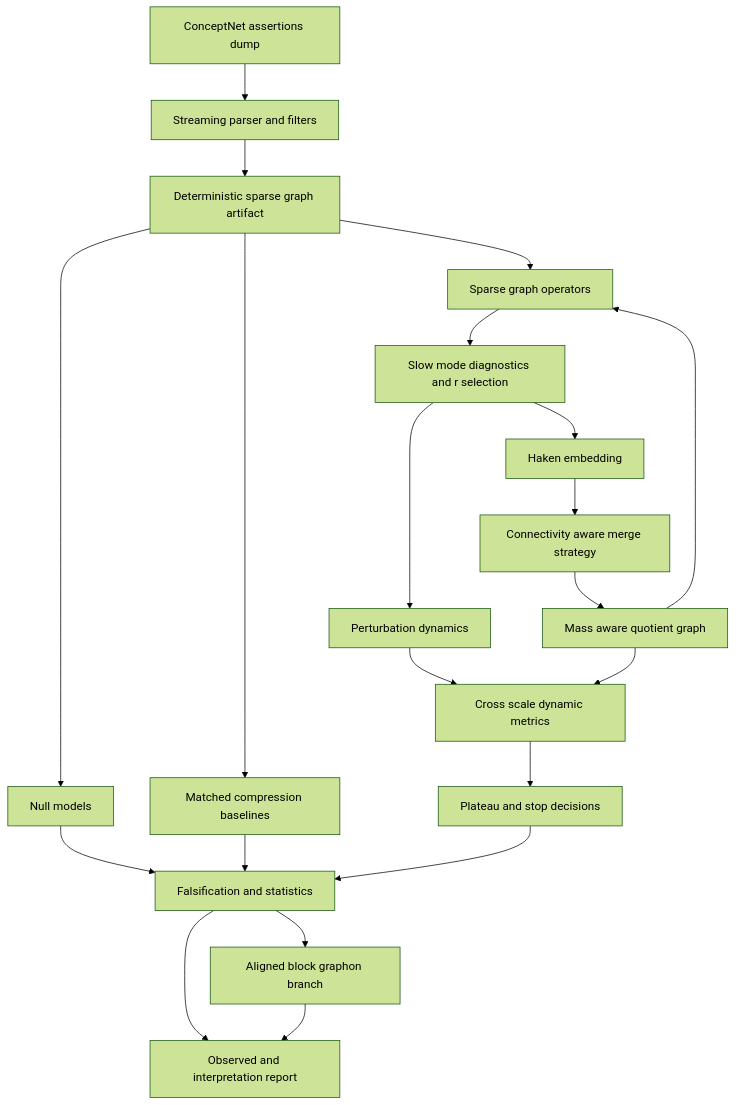
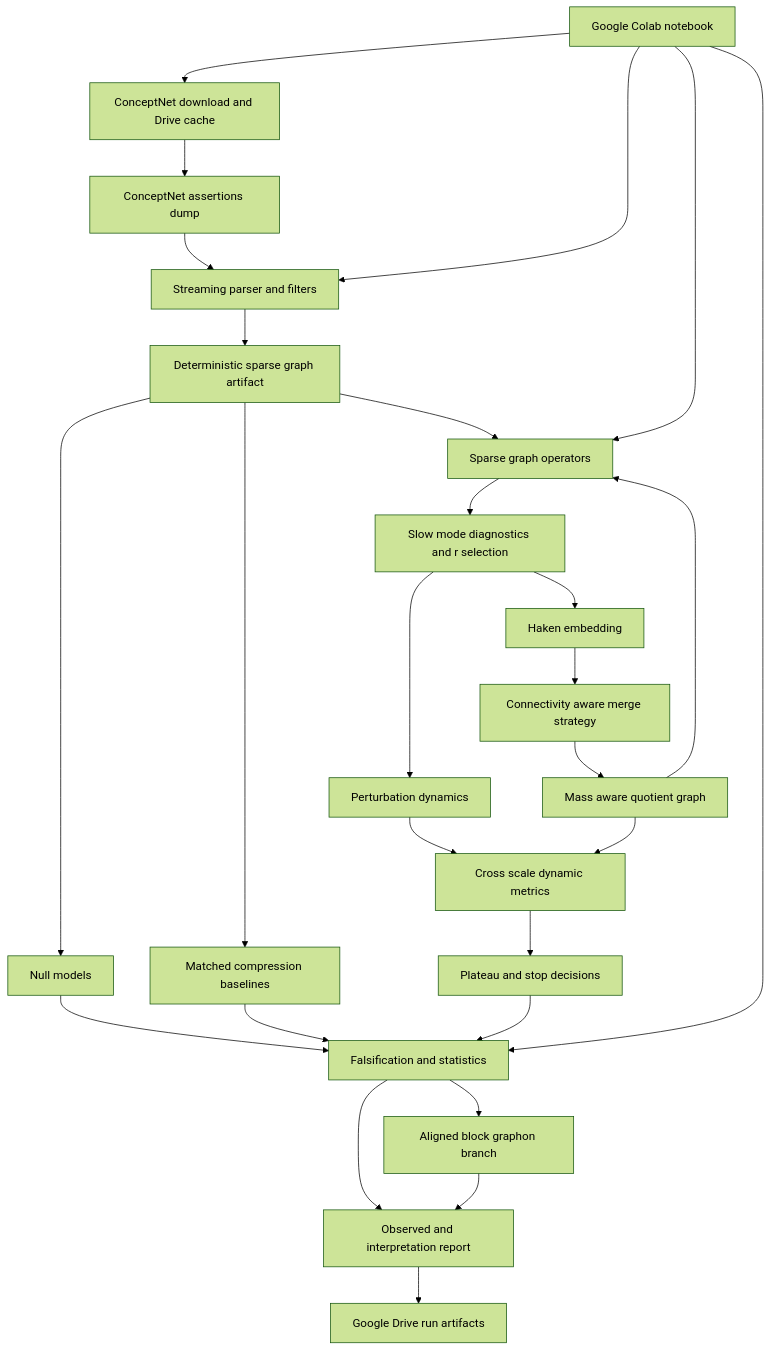
The first of 3 diagrams in docs/haken_coarsening_roadmap.md (SemanticMap/semgraphex), drawn with Mermaid (forest theme) before and after one commit. The commit also changed other lines of this file and 13 other files, not shown here.

Commit message:
feat: add ConceptNet data preparation pipeline

````diff
--- a/docs/haken_coarsening_roadmap.md
+++ b/docs/haken_coarsening_roadmap.md
@@ -80,23 +88,29 @@
 ```mermaid
 flowchart TD
     Dump[ConceptNet assertions dump] --> Parse[Streaming parser and filters]
     Parse --> Graph[Deterministic sparse graph artifact]
     Graph --> Operators[Sparse graph operators]
     Operators --> Modes[Slow mode diagnostics and r selection]
     Modes --> Embed[Haken embedding]
     Embed --> Merge[Connectivity aware merge strategy]
     Merge --> Quotient[Mass aware quotient graph]
     Quotient --> Operators
     Modes --> Dynamics[Perturbation dynamics]
     Dynamics --> Metrics[Cross scale dynamic metrics]
     Quotient --> Metrics
     Metrics --> Plateau[Plateau and stop decisions]
     Graph --> Nulls[Null models]
     Graph --> Baselines[Matched compression baselines]
     Nulls --> Evaluate[Falsification and statistics]
     Baselines --> Evaluate
     Plateau --> Evaluate
     Evaluate --> Graphons[Aligned block graphon branch]
     Evaluate --> Reports[Observed and interpretation report]
     Graphons --> Reports
+    Colab[Google Colab notebook] --> Download[ConceptNet download and Drive cache]
+    Download --> Dump
+    Colab --> Parse
+    Colab --> Operators
+    Colab --> Evaluate
+    Reports --> Drive[Google Drive run artifacts]
 ```
````
